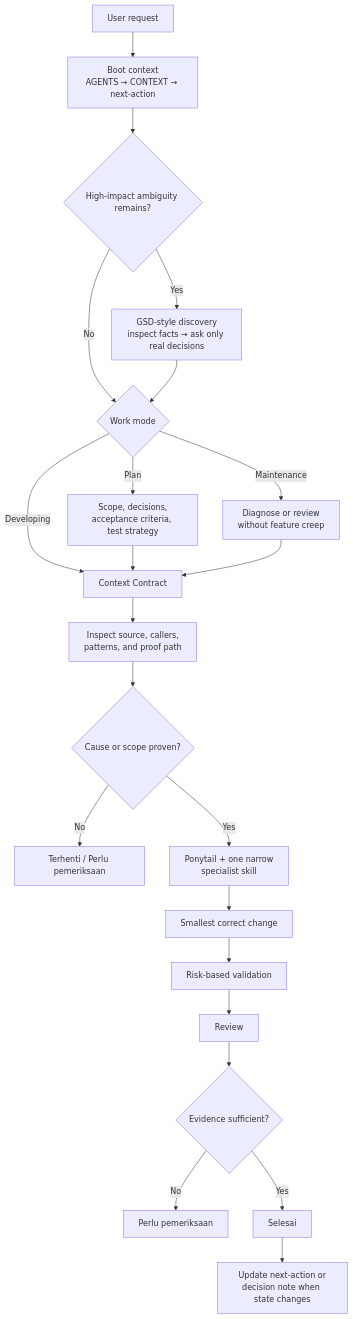
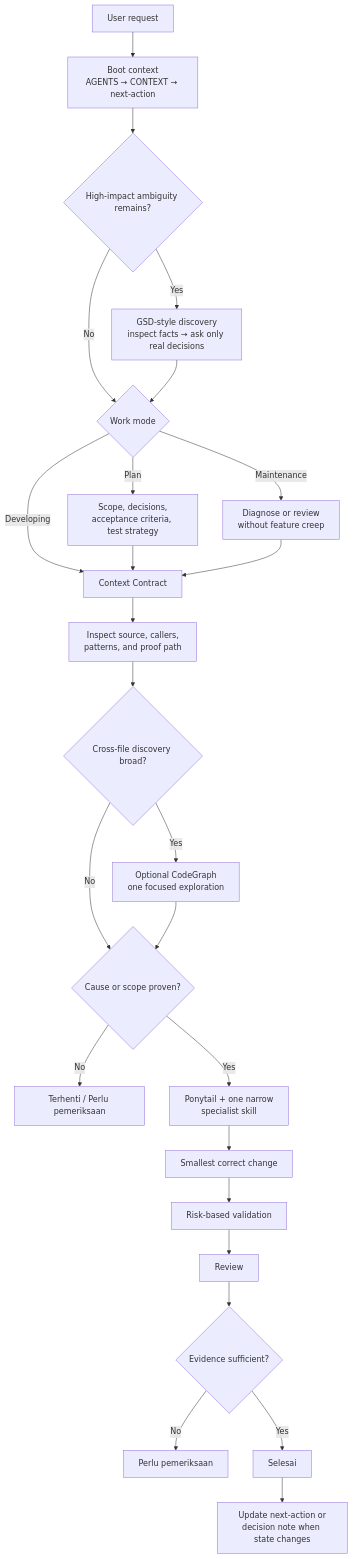
Before and after one commit to halokaryamedia-source/BuildIT: the diagram in docs/knowledge/flow.md, drawn with Mermaid. The commit also changed other lines of this file, not shown here.

Commit message:
docs: add optional CodeGraph navigation stage

````diff
--- a/docs/knowledge/flow.md
+++ b/docs/knowledge/flow.md
@@ -9,24 +9,27 @@
 ```mermaid
 flowchart TD
     A[User request] --> B[Boot context<br/>AGENTS → CONTEXT → next-action]
     B --> C{High-impact ambiguity remains?}
     C -- Yes --> D[GSD-style discovery<br/>inspect facts → ask only real decisions]
     C -- No --> E{Work mode}
     D --> E
     E -->|Plan| F[Scope, decisions,<br/>acceptance criteria, test strategy]
     E -->|Developing| G[Context Contract]
     E -->|Maintenance| H[Diagnose or review<br/>without feature creep]
     F --> G
     H --> G
     G --> I[Inspect source, callers,<br/>patterns, and proof path]
-    I --> J{Cause or scope proven?}
-    J -- No --> K[Terhenti / Perlu pemeriksaan]
-    J -- Yes --> L[Ponytail + one narrow<br/>specialist skill]
-    L --> M[Smallest correct change]
-    M --> N[Risk-based validation]
-    N --> O[Review]
-    O --> P{Evidence sufficient?}
-    P -- No --> Q[Perlu pemeriksaan]
-    P -- Yes --> R[Selesai]
-    R --> S[Update next-action or<br/>decision note when state changes]
+    I --> J{Cross-file discovery broad?}
+    J -- Yes --> CG[Optional CodeGraph<br/>one focused exploration]
+    J -- No --> K{Cause or scope proven?}
+    CG --> K
+    K -- No --> L[Terhenti / Perlu pemeriksaan]
+    K -- Yes --> M[Ponytail + one narrow<br/>specialist skill]
+    M --> N[Smallest correct change]
+    N --> O[Risk-based validation]
+    O --> P[Review]
+    P --> Q{Evidence sufficient?}
+    Q -- No --> R[Perlu pemeriksaan]
+    Q -- Yes --> S[Selesai]
+    S --> T[Update next-action or<br/>decision note when state changes]
 ```
````
